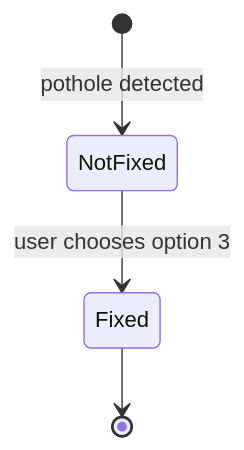
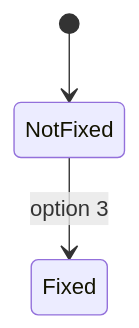
The second of 2 diagrams in docs/Design.md (prajuktahaha/road-pothole-monitor), drawn with Mermaid before and after one commit. The commit also changed other lines of this file, not shown here.

````diff
--- a/docs/Design.md
+++ b/docs/Design.md
@@ -59,6 +25,5 @@
 ```mermaid
 stateDiagram-v2
-    [*] --> NotFixed: pothole detected
-    NotFixed --> Fixed: user chooses option 3
-    Fixed --> [*]
+    [*] --> NotFixed
+    NotFixed --> Fixed: option 3
 ```
````
